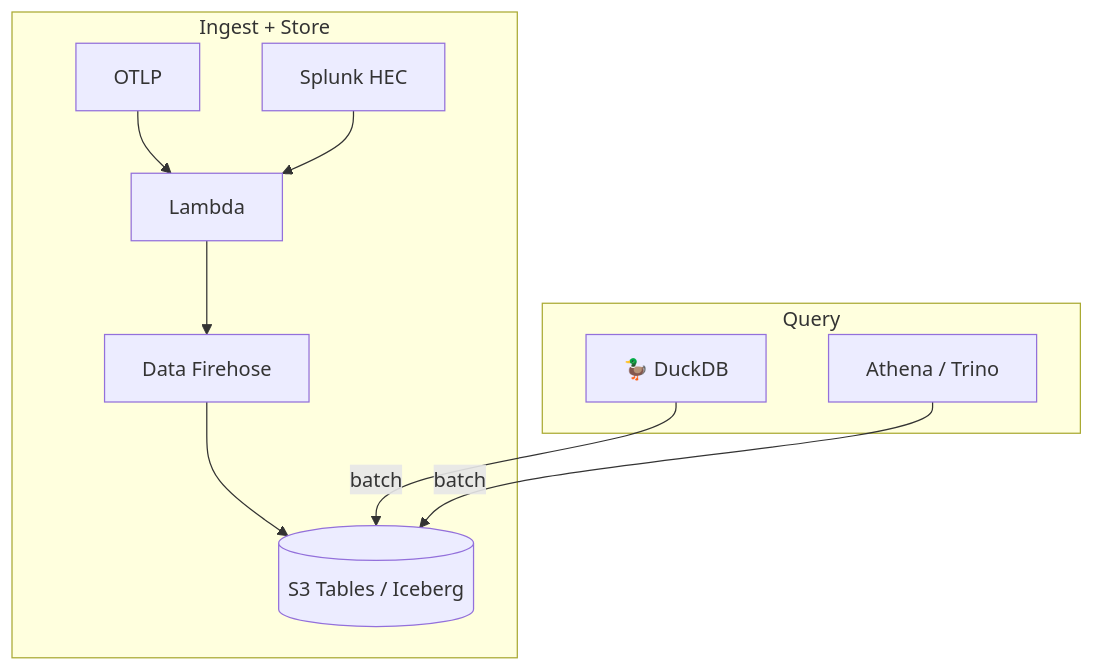
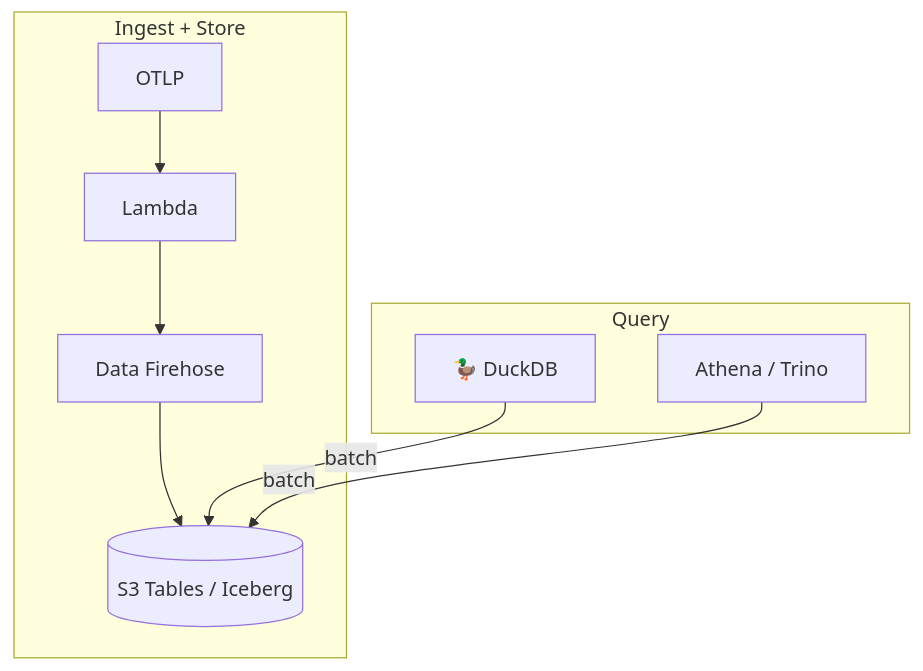
One commit to smithclay/otlp2pipeline changed the second of 2 diagrams in README.md. Above: the diagram before and after it, drawn with Mermaid. The commit also changed other lines of this file and 51 other files, not shown here.

````diff
--- a/README.md
+++ b/README.md
@@ -171,14 +170,13 @@
 ```mermaid
 flowchart TB
     subgraph Ingest["Ingest + Store"]
         OTLP[OTLP] --> L[Lambda]
-        HEC[Splunk HEC] --> L
         L --> F[Data Firehose]
         F --> S3[(S3 Tables / Iceberg)]
     end
 
     subgraph Query["Query"]
         DuckDB[🦆 DuckDB] -->|batch| S3
         Athena[Athena / Trino] -->|batch| S3
     end
 ```
````
